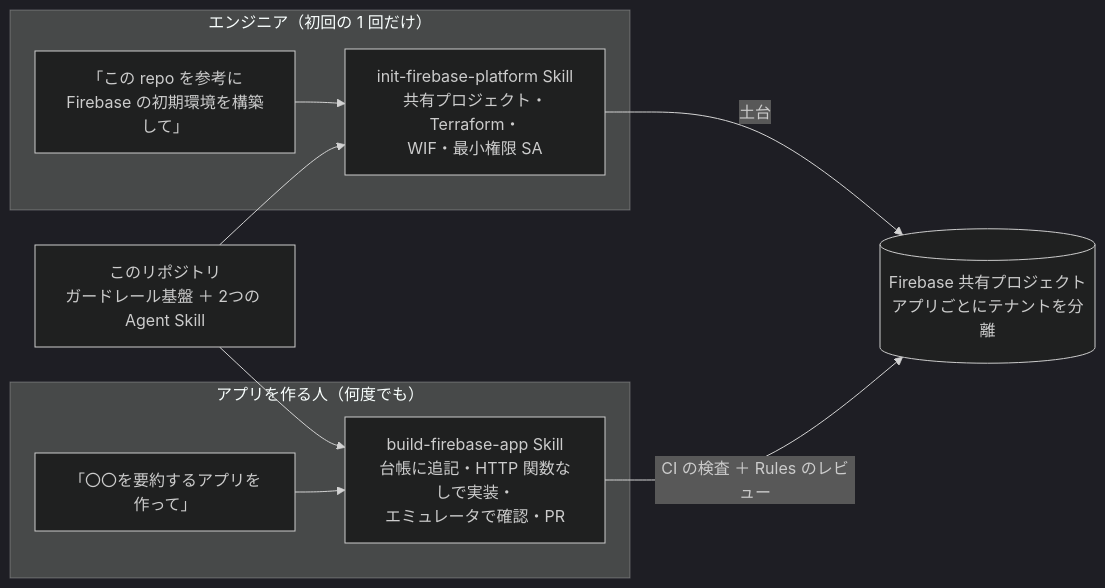
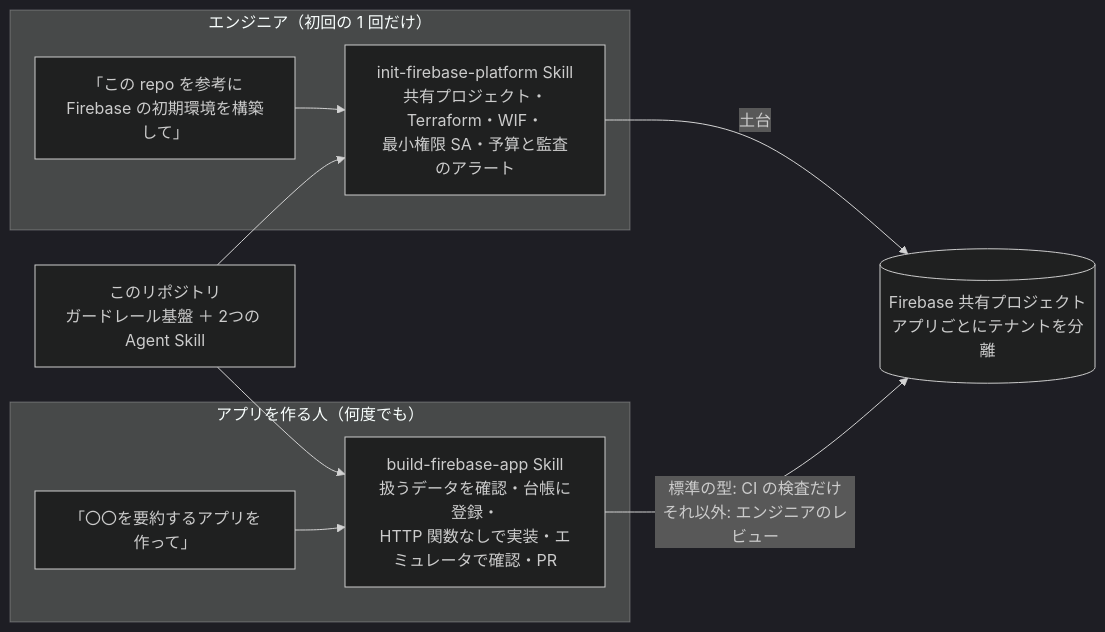
One commit to reizist/antigravity-firebase-guardrail changed the diagram in README.ja.md. Above: the diagram before and after it, drawn with Mermaid (dark theme). The commit also changed other lines of this file and 32 other files, not shown here.

````diff
--- a/README.ja.md
+++ b/README.ja.md
@@ -33,21 +33,21 @@
 ```mermaid
 flowchart LR
     REPO["このリポジトリ<br/>ガードレール基盤 ＋ 2つの Agent Skill"]
 
     subgraph DEV["エンジニア（初回の 1 回だけ）"]
         P1["「この repo を参考に<br/>Firebase の初期環境を構築して」"]
-        S1["init-firebase-platform Skill<br/>共有プロジェクト・Terraform・<br/>WIF・最小権限 SA"]
+        S1["init-firebase-platform Skill<br/>共有プロジェクト・Terraform・WIF・<br/>最小権限 SA・予算と監査のアラート"]
         P1 --> S1
     end
 
     subgraph USER["アプリを作る人（何度でも）"]
         P2["「〇〇を要約するアプリを作って」"]
-        S2["build-firebase-app Skill<br/>台帳に追記・HTTP 関数なしで実装・<br/>エミュレータで確認・PR"]
+        S2["build-firebase-app Skill<br/>扱うデータを確認・台帳に登録・<br/>HTTP 関数なしで実装・エミュレータで確認・PR"]
         P2 --> S2
     end
 
     REPO --> S1
     REPO --> S2
     S1 -->|"土台"| ENV[("Firebase 共有プロジェクト<br/>アプリごとにテナントを分離")]
-    S2 -->|"CI の検査 ＋ Rules のレビュー"| ENV
+    S2 -->|"標準の型: CI の検査だけ<br/>それ以外: エンジニアのレビュー"| ENV
 ```
````
